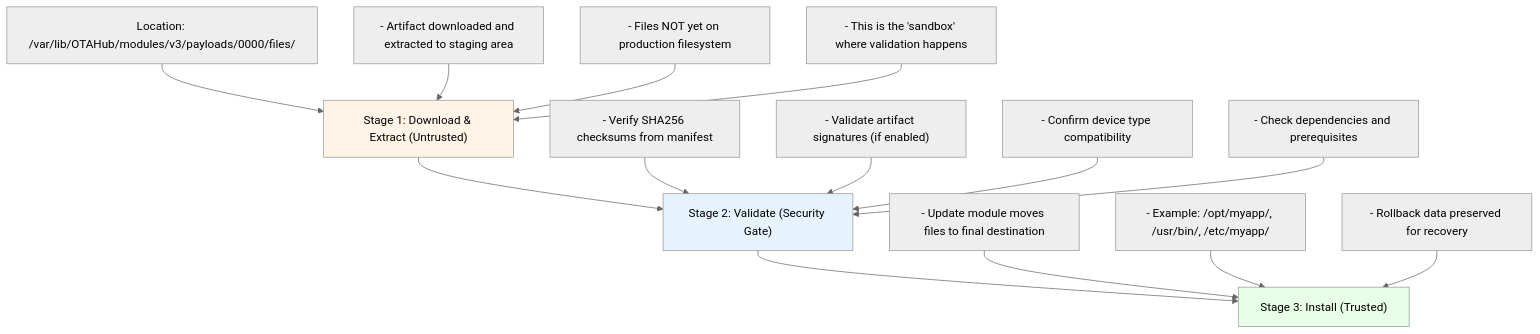
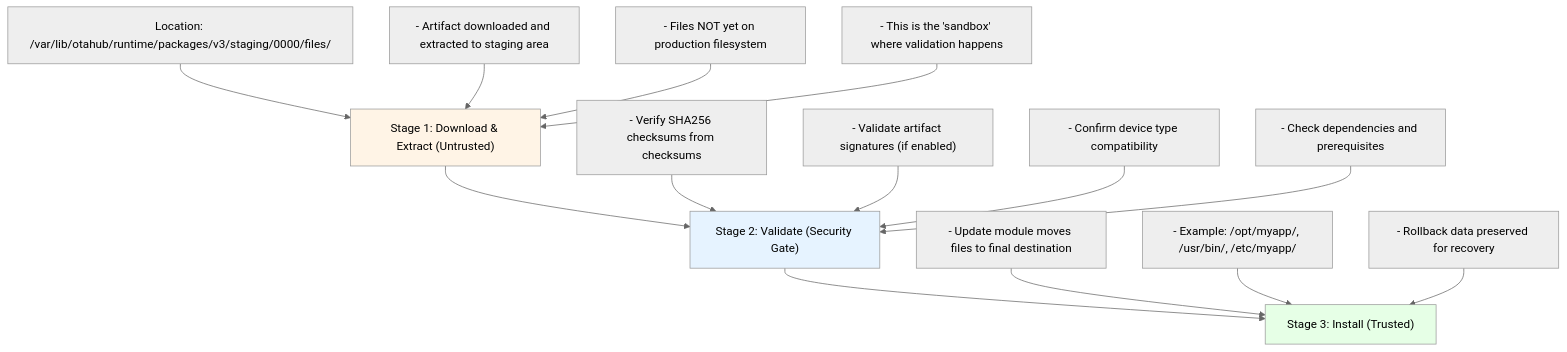
Before and after one commit to MindPatch/mindpatch.github.io: the diagram in content/posts/Path_Traversal_in_OTA.md, drawn with Mermaid (neutral theme). The commit also changed other lines of this file, not shown here.

````diff
--- a/content/posts/Path_Traversal_in_OTA.md
+++ b/content/posts/Path_Traversal_in_OTA.md
@@ -73,23 +150,23 @@
 ```mermaid
 flowchart TD
     A["Stage 1: Download & Extract (Untrusted)"] --> B["Stage 2: Validate (Security Gate)"]
     B --> C["Stage 3: Install (Trusted)"]
     
-    A1["Location: /var/lib/OTAHub/modules/v3/payloads/0000/files/"] --> A
+    A1["Location: /var/lib/otahub/runtime/packages/v3/staging/0000/files/"] --> A
     A2["- Artifact downloaded and extracted to staging area"] --> A
     A3["- Files NOT yet on production filesystem"] --> A
     A4["- This is the 'sandbox' where validation happens"] --> A
     
-    B1["- Verify SHA256 checksums from manifest"] --> B
+    B1["- Verify SHA256 checksums from checksums"] --> B
     B2["- Validate artifact signatures (if enabled)"] --> B
     B3["- Confirm device type compatibility"] --> B
     B4["- Check dependencies and prerequisites"] --> B
     
     C1["- Update module moves files to final destination"] --> C
     C2["- Example: /opt/myapp/, /usr/bin/, /etc/myapp/"] --> C
     C3["- Rollback data preserved for recovery"] --> C
     
     style A fill:#fff4e6
     style B fill:#e6f3ff
     style C fill:#e6ffe6
 ```
````
